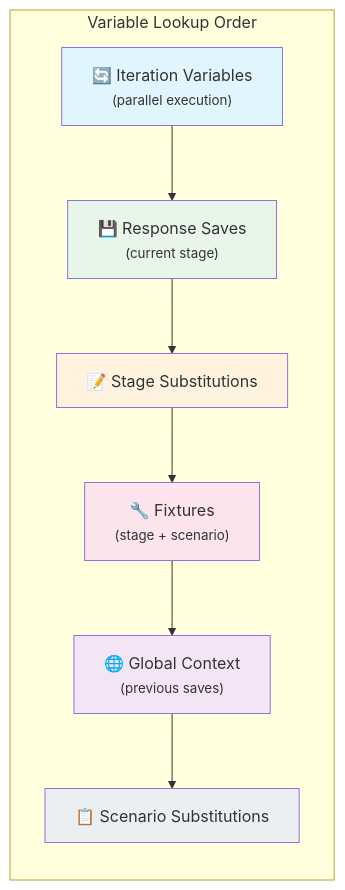
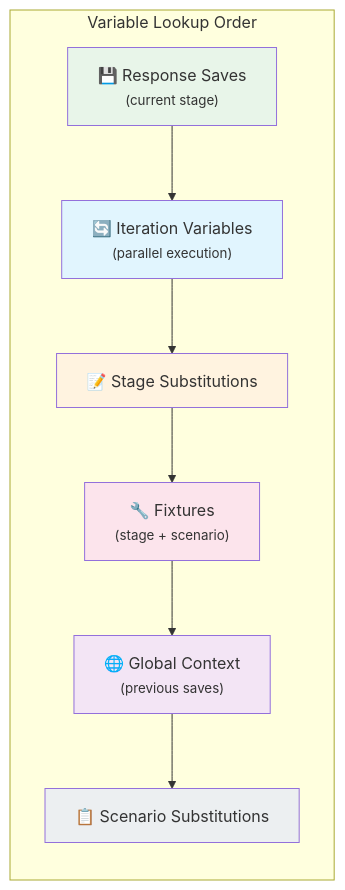
Before and after one commit to aeresov/pytest-httpchain: the diagram in docs/advanced/context-layering.md, drawn with Mermaid. The commit also changed other lines of this file and 96 other files, not shown here.

````diff
--- a/docs/advanced/context-layering.md
+++ b/docs/advanced/context-layering.md
@@ -9,21 +9,21 @@
 ```mermaid
 flowchart TB
     subgraph lookup["Variable Lookup Order"]
         direction TB
+        saves["💾 Response Saves<br/><small>(current stage)</small>"]
         iter["🔄 Iteration Variables<br/><small>(parallel execution)</small>"]
-        saves["💾 Response Saves<br/><small>(current stage)</small>"]
         stage_sub["📝 Stage Substitutions"]
         fixtures["🔧 Fixtures<br/><small>(stage + scenario)</small>"]
         global["🌐 Global Context<br/><small>(previous saves)</small>"]
         scenario["📋 Scenario Substitutions"]
 
-        iter --> saves --> stage_sub --> fixtures --> global --> scenario
+        saves --> iter --> stage_sub --> fixtures --> global --> scenario
     end
 
     style iter fill:#e1f5fe
     style saves fill:#e8f5e9
     style stage_sub fill:#fff3e0
     style fixtures fill:#fce4ec
     style global fill:#f3e5f5
     style scenario fill:#eceff1
 ```
````
